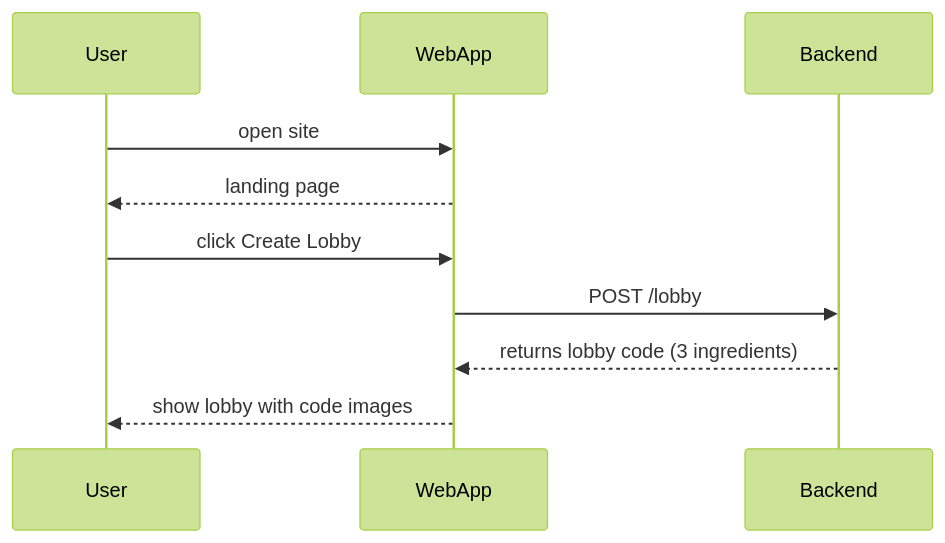
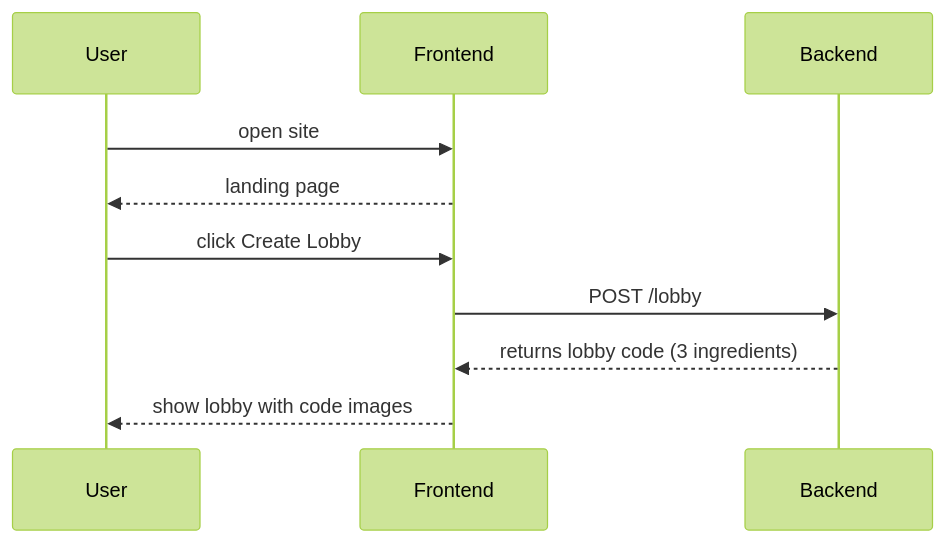
Before and after one commit to Capstone-Projects-2025-Spring/aac-go-fish: the first of 19 diagrams in documentation/docs/system-architecture/use-case-sequences.md, drawn with Mermaid (forest theme). The commit also changed other lines of this file and 2 other files, not shown here.

````diff
--- a/documentation/docs/system-architecture/use-case-sequences.md
+++ b/documentation/docs/system-architecture/use-case-sequences.md
@@ -8,13 +8,13 @@
 ```mermaid
 sequenceDiagram
     participant User
-    participant WebApp
+    participant Frontend
     participant Backend
 
-    User->>WebApp: open site
-    WebApp-->>User: landing page
-    User->>WebApp: click Create Lobby
-    WebApp->>Backend: POST /lobby
-    Backend-->>WebApp: returns lobby code (3 ingredients)
-    WebApp-->>User: show lobby with code images
+    User->>Frontend: open site
+    Frontend-->>User: landing page
+    User->>Frontend: click Create Lobby
+    Frontend->>Backend: POST /lobby
+    Backend-->>Frontend: returns lobby code (3 ingredients)
+    Frontend-->>User: show lobby with code images
 ```
````
